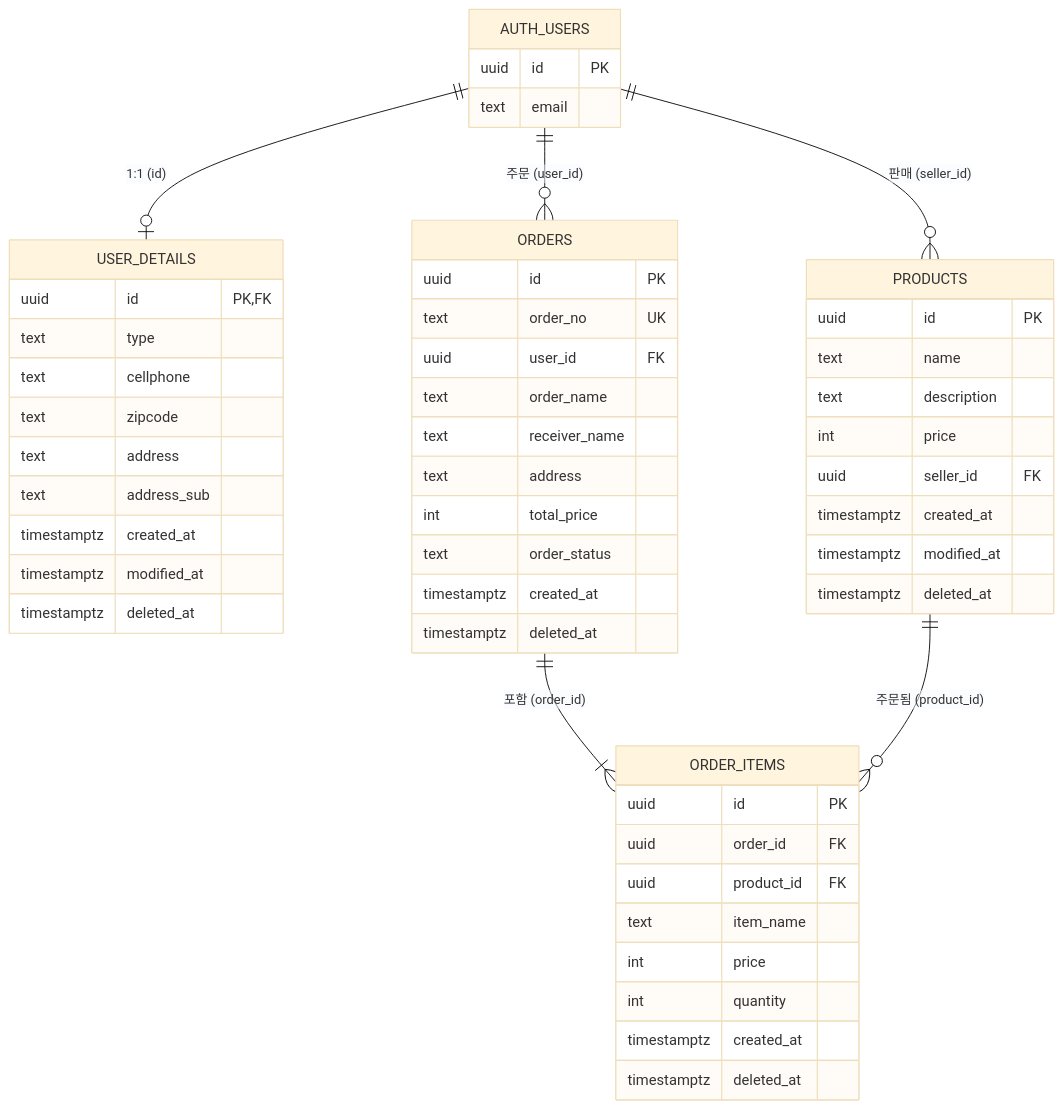
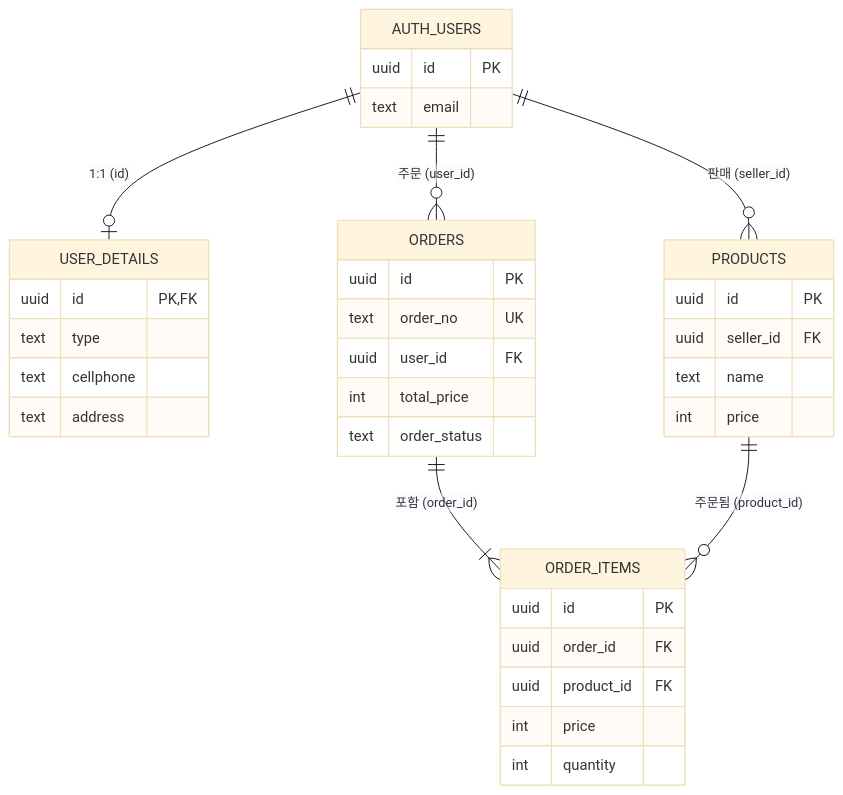
Before and after one commit to kimjmin31/work_database: the diagram in README.md, drawn with Mermaid (base theme). The commit also changed other lines of this file and 8 other files, not shown here.

````diff
--- a/README.md
+++ b/README.md
@@ -90,56 +18,39 @@
 ```mermaid
 erDiagram
     AUTH_USERS ||--o| USER_DETAILS : "1:1 (id)"
     AUTH_USERS ||--o{ PRODUCTS : "판매 (seller_id)"
     AUTH_USERS ||--o{ ORDERS : "주문 (user_id)"
     ORDERS ||--|{ ORDER_ITEMS : "포함 (order_id)"
     PRODUCTS ||--o{ ORDER_ITEMS : "주문됨 (product_id)"
 
     AUTH_USERS {
         uuid id PK
         text email
     }
     USER_DETAILS {
         uuid id PK, FK
         text type
         text cellphone
-        text zipcode
         text address
-        text address_sub
-        timestamptz created_at
-        timestamptz modified_at
-        timestamptz deleted_at
     }
     PRODUCTS {
         uuid id PK
+        uuid seller_id FK
         text name
-        text description
         int price
-        uuid seller_id FK
-        timestamptz created_at
-        timestamptz modified_at
-        timestamptz deleted_at
     }
     ORDERS {
         uuid id PK
         text order_no UK
         uuid user_id FK
-        text order_name
-        text receiver_name
-        text address
         int total_price
         text order_status
-        timestamptz created_at
-        timestamptz deleted_at
     }
     ORDER_ITEMS {
         uuid id PK
         uuid order_id FK
         uuid product_id FK
-        text item_name
         int price
         int quantity
-        timestamptz created_at
-        timestamptz deleted_at
     }
 ```
````
